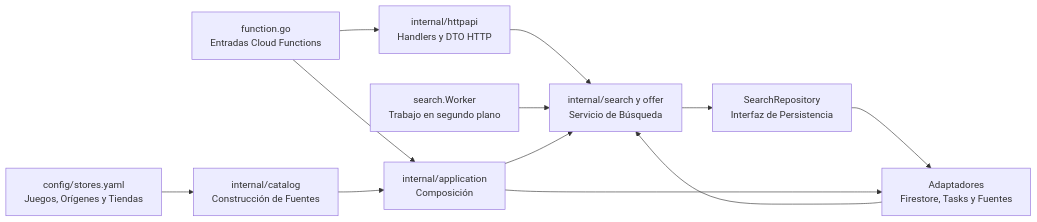
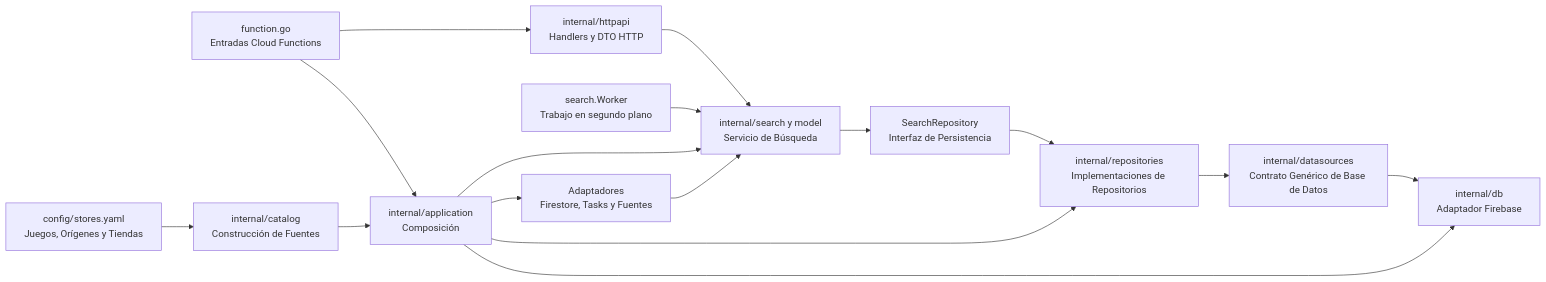
One commit to metaliaw/muchi changed the second of 2 diagrams in backend/docs/architecture.es.md. Above: the diagram before and after it, drawn with Mermaid. The commit also changed other lines of this file and 103 other files, not shown here.

````diff
--- a/backend/docs/architecture.es.md
+++ b/backend/docs/architecture.es.md
@@ -142,24 +142,31 @@
 ```mermaid
 flowchart LR
     function[function.go<br/>Entradas Cloud Functions]
     transport[internal/httpapi<br/>Handlers y DTO HTTP]
     application[internal/application<br/>Composición]
     catalog[internal/catalog<br/>Construcción de Fuentes]
-    domain[internal/search y offer<br/>Servicio de Búsqueda]
+    domain[internal/search y model<br/>Servicio de Búsqueda]
     repository[SearchRepository<br/>Interfaz de Persistencia]
+    repositories[internal/repositories<br/>Implementaciones de Repositorios]
+    datasources[internal/datasources<br/>Contrato Genérico de Base de Datos]
+    database[internal/db<br/>Adaptador Firebase]
     worker[search.Worker<br/>Trabajo en segundo plano]
     config[config/stores.yaml<br/>Juegos, Orígenes y Tiendas]
     adapters[Adaptadores<br/>Firestore, Tasks y Fuentes]
 
     function --> transport
     function --> application
     transport --> domain
     worker --> domain
     domain --> repository
-    repository --> adapters
+    repository --> repositories
+    repositories --> datasources
+    datasources --> database
+    application --> database
+    application --> repositories
     config --> catalog
     catalog --> application
     application --> domain
     application --> adapters
     adapters --> domain
 ```
````
